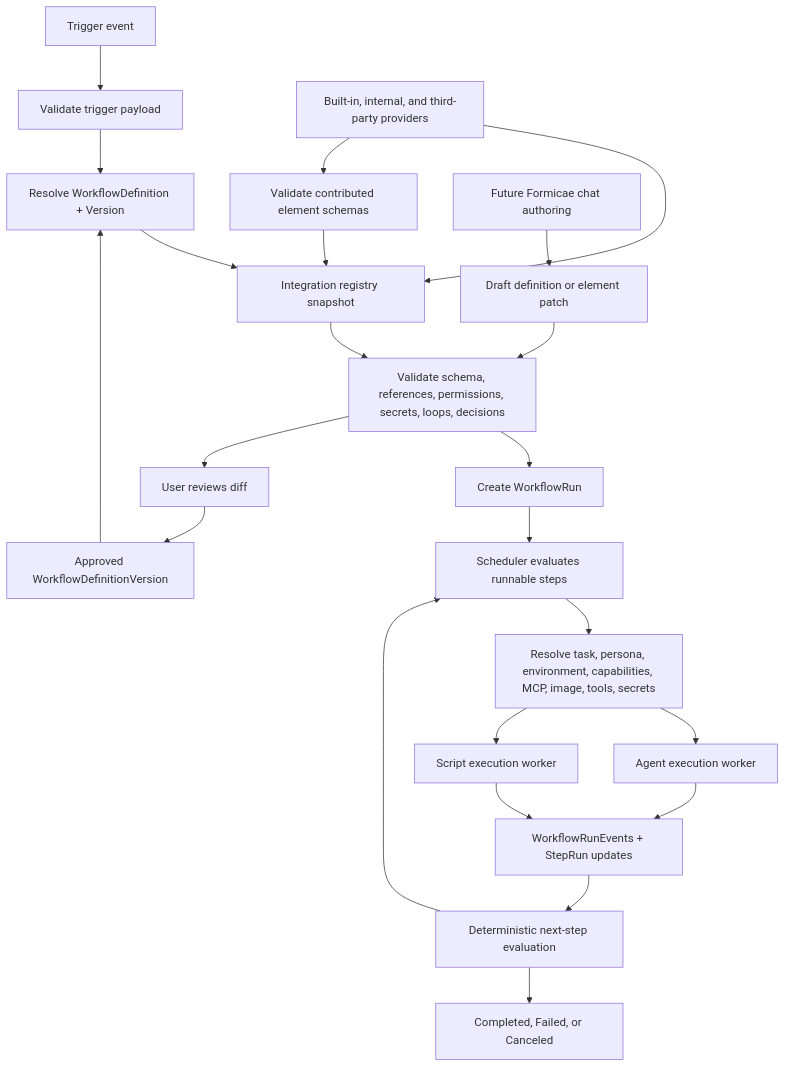
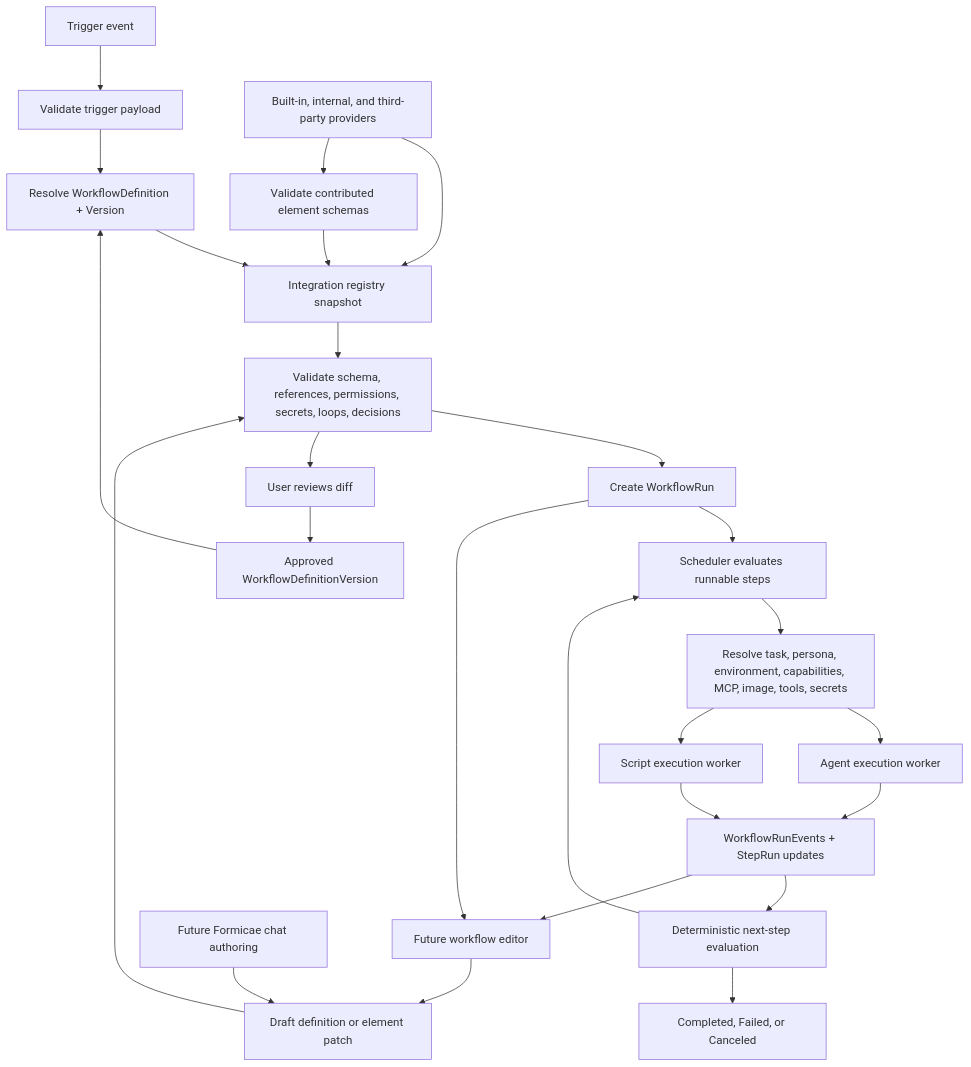
Before and after one commit to anhaehne/hhnl.Formicae: the diagram in docs/configurable-workflows-architecture.md, drawn with Mermaid. The commit also changed other lines of this file and 4 other files, not shown here.

````diff
--- a/docs/configurable-workflows-architecture.md
+++ b/docs/configurable-workflows-architecture.md
@@ -417,27 +432,31 @@
 ```mermaid
 flowchart TD
     TriggerEvent[Trigger event] --> TriggerValidation[Validate trigger payload]
     TriggerValidation --> DefinitionResolution[Resolve WorkflowDefinition + Version]
     DefinitionResolution --> RegistrySnapshot[Integration registry snapshot]
     RegistrySnapshot --> DefinitionValidation[Validate schema, references, permissions, secrets, loops, decisions]
     DefinitionValidation --> RunCreation[Create WorkflowRun]
     RunCreation --> Scheduler[Scheduler evaluates runnable steps]
     Scheduler --> RuntimeResolution[Resolve task, persona, environment, capabilities, MCP, image, tools, secrets]
     RuntimeResolution --> AgentExecution[Agent execution worker]
     RuntimeResolution --> ScriptExecution[Script execution worker]
     AgentExecution --> Events[WorkflowRunEvents + StepRun updates]
     ScriptExecution --> Events
     Events --> NextStep[Deterministic next-step evaluation]
     NextStep --> Scheduler
     NextStep --> Terminal[Completed, Failed, or Canceled]
 
     IntegrationProvider[Built-in, internal, and third-party providers] --> RegistrySnapshot
     IntegrationProvider --> ElementValidation[Validate contributed element schemas]
     ElementValidation --> RegistrySnapshot
 
     Chat[Future Formicae chat authoring] --> DraftDefinition[Draft definition or element patch]
+    UI[Future workflow editor] --> DraftDefinition
     DraftDefinition --> DefinitionValidation
     DefinitionValidation --> ReviewDiff[User reviews diff]
     ReviewDiff --> ApprovedVersion[Approved WorkflowDefinitionVersion]
     ApprovedVersion --> DefinitionResolution
+
+    Events --> UI
+    RunCreation --> UI
 ```
````
